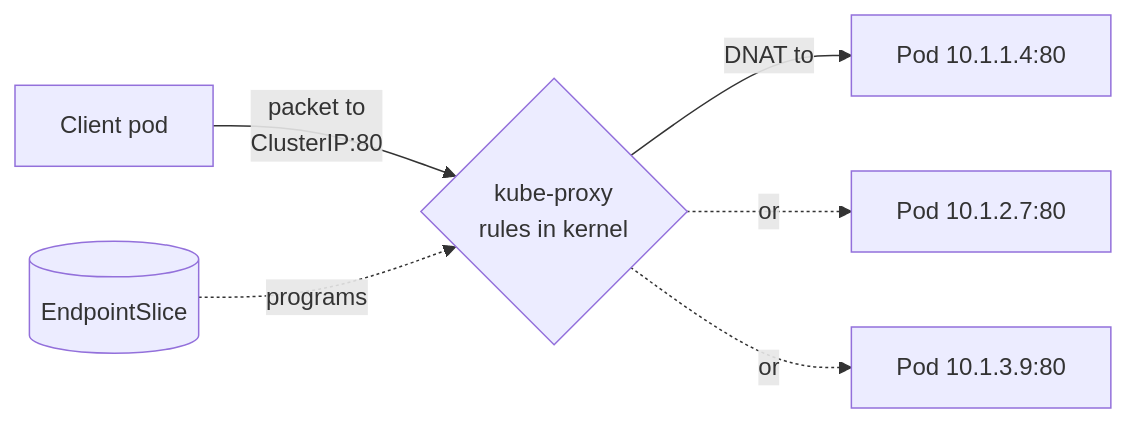
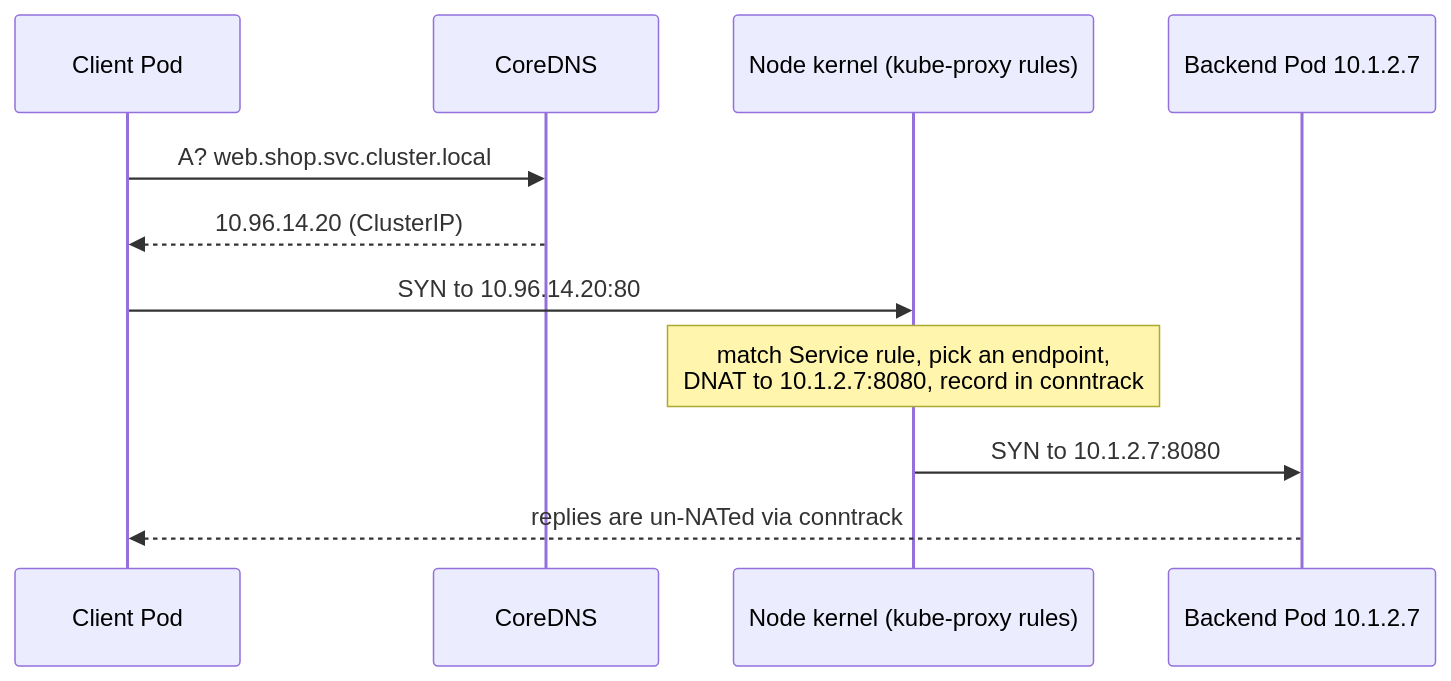
One commit to AndrewAltimit/Documentation changed the second of 5 diagrams in github-pages/docs/technology/kubernetes/fundamentals-networking.md. Above: the diagram before and after it, drawn with Mermaid. The commit also changed other lines of this file and 240 other files, not shown here.

````diff
--- a/github-pages/docs/technology/kubernetes/fundamentals-networking.md
+++ b/github-pages/docs/technology/kubernetes/fundamentals-networking.md
@@ -133,8 +121,13 @@
 ```mermaid
-flowchart LR
-    C[Client pod] -->|"packet to<br/>ClusterIP:80"| KP{kube-proxy<br/>rules in kernel}
-    KP -->|DNAT to| P1[Pod 10.1.1.4:80]
-    KP -.->|or| P2[Pod 10.1.2.7:80]
-    KP -.->|or| P3[Pod 10.1.3.9:80]
-    EP[(EndpointSlice)] -. programs .-> KP
+sequenceDiagram
+    participant App as Client Pod
+    participant DNS as CoreDNS
+    participant K as Node kernel (kube-proxy rules)
+    participant Pod as Backend Pod 10.1.2.7
+    App->>DNS: A? web.shop.svc.cluster.local
+    DNS-->>App: 10.96.14.20 (ClusterIP)
+    App->>K: SYN to 10.96.14.20:80
+    Note over K: match Service rule, pick an endpoint,<br/>DNAT to 10.1.2.7:8080, record in conntrack
+    K->>Pod: SYN to 10.1.2.7:8080
+    Pod-->>App: replies are un-NATed via conntrack
 ```
````
